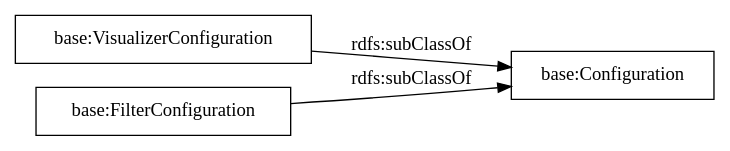
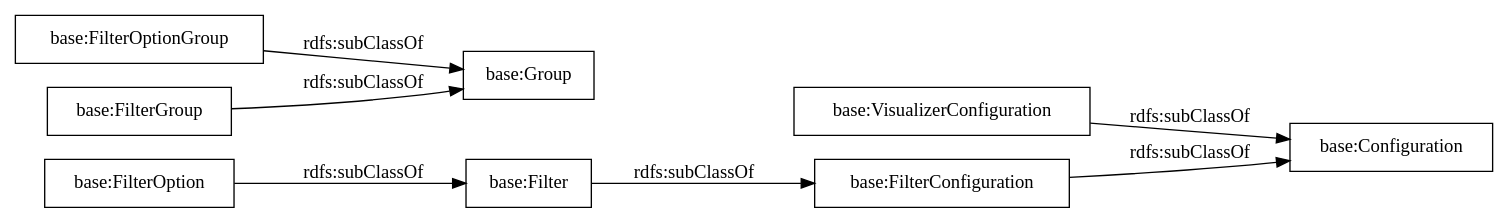
One commit to OnToologyUser/linkedpipes_applications_ontology changed the diagram in OnToology/lpapps.owl/diagrams/ar2dtool-taxonomy/lpapps.owl.png.dot. Above: the diagram before and after it, drawn with Graphviz. The commit also changed 13 other files, not shown here.

```diff
--- a/OnToology/lpapps.owl/diagrams/ar2dtool-taxonomy/lpapps.owl.png.dot
+++ b/OnToology/lpapps.owl/diagrams/ar2dtool-taxonomy/lpapps.owl.png.dot
@@ -1,8 +1,12 @@
 digraph ar2dtool_diagram { 
 rankdir=LR;
 size="1000"
-node [shape = rectangle, color="black"]; "base:VisualizerConfiguration" "base:FilterConfiguration" "base:Configuration" ; /*classes style*/
+node [shape = rectangle, color="black"]; "base:VisualizerConfiguration" "base:Group" "base:FilterOptionGroup" "base:FilterOption" "base:FilterGroup" "base:FilterConfiguration" "base:Filter" "base:Configuration" ; /*classes style*/
+	"base:FilterOptionGroup" -> "base:Group" [ label = "rdfs:subClassOf" ];
+	"base:FilterGroup" -> "base:Group" [ label = "rdfs:subClassOf" ];
+	"base:VisualizerConfiguration" -> "base:Configuration" [ label = "rdfs:subClassOf" ];
 	"base:FilterConfiguration" -> "base:Configuration" [ label = "rdfs:subClassOf" ];
-	"base:VisualizerConfiguration" -> "base:Configuration" [ label = "rdfs:subClassOf" ];
+	"base:FilterOption" -> "base:Filter" [ label = "rdfs:subClassOf" ];
+	"base:Filter" -> "base:FilterConfiguration" [ label = "rdfs:subClassOf" ];
 
 }
```
